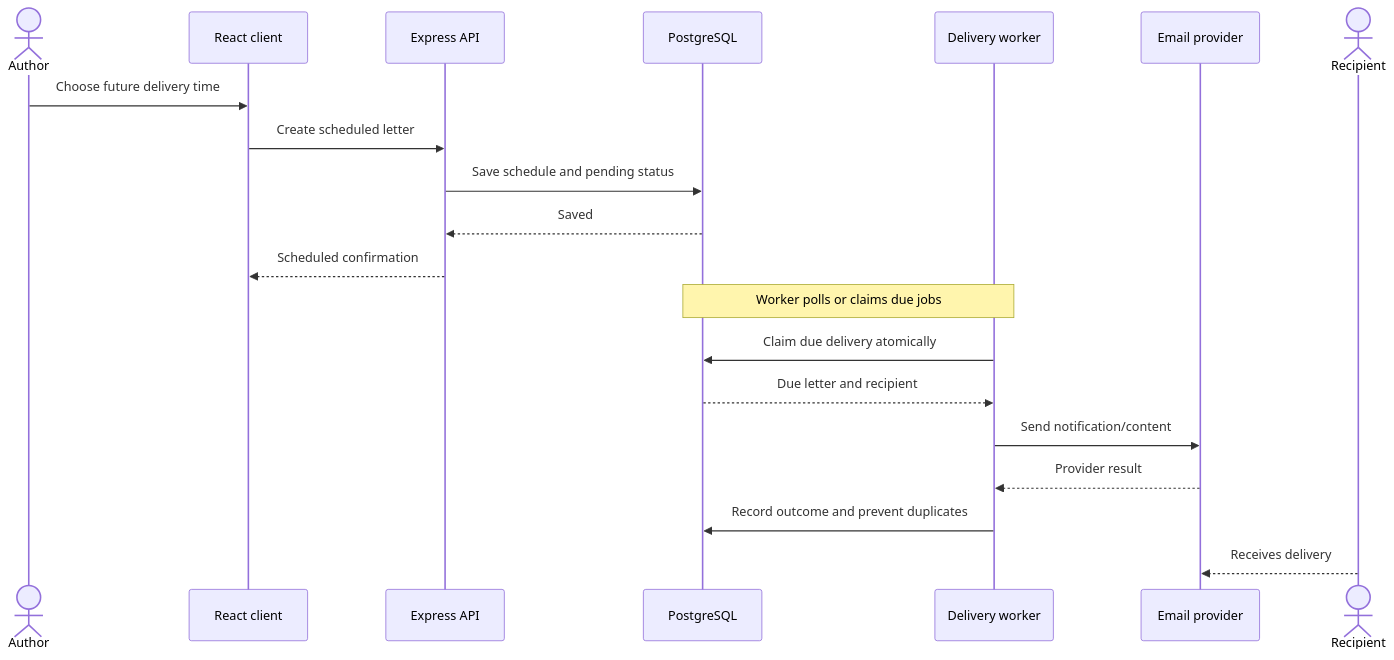
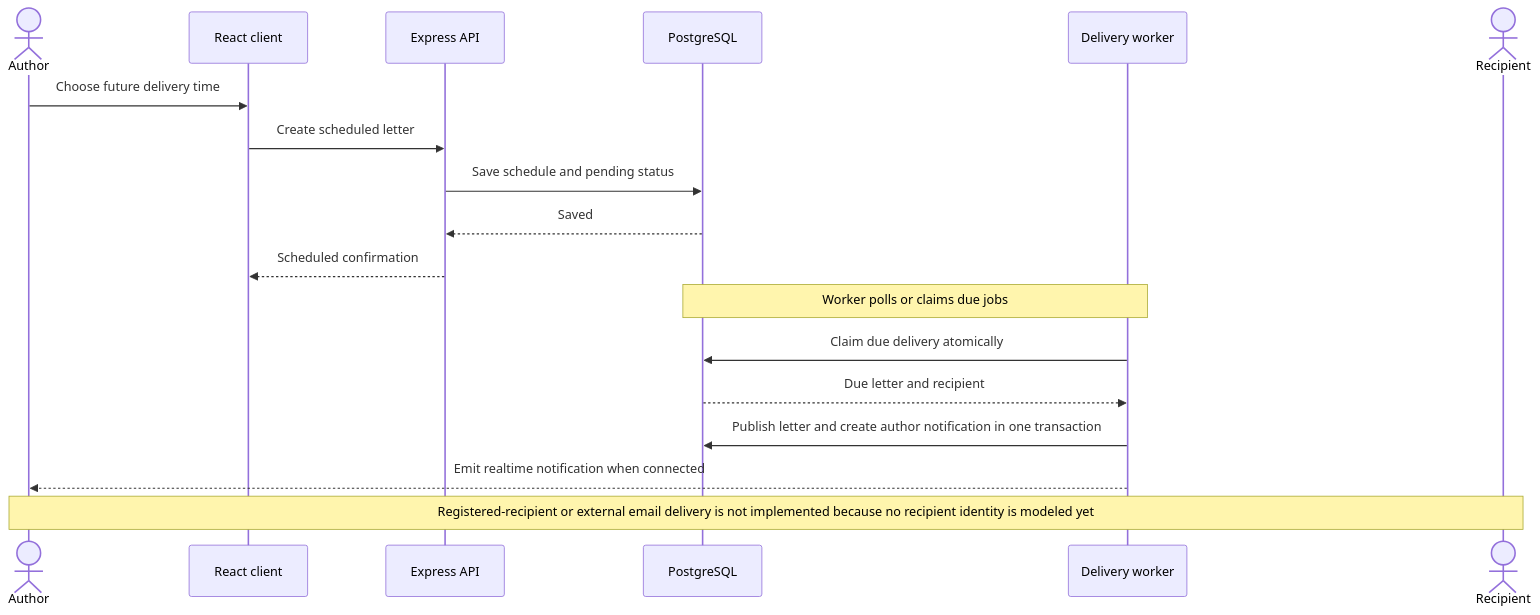
The third of 4 diagrams in docs/architecture/sequence-diagrams.md (donnelsimbajon-design/SendtheLetter_System), drawn with Mermaid before and after one commit. The commit also changed other lines of this file, not shown here.

Commit message:
docs: update architecture for scheduled release worker

````diff
--- a/docs/architecture/sequence-diagrams.md
+++ b/docs/architecture/sequence-diagrams.md
@@ -46,23 +46,21 @@
 ```mermaid
 sequenceDiagram
   actor Author
   participant UI as React client
   participant API as Express API
   participant DB as PostgreSQL
   participant Worker as Delivery worker
-  participant Email as Email provider
   actor Recipient
 
   Author->>UI: Choose future delivery time
   UI->>API: Create scheduled letter
   API->>DB: Save schedule and pending status
   DB-->>API: Saved
   API-->>UI: Scheduled confirmation
   Note over Worker,DB: Worker polls or claims due jobs
   Worker->>DB: Claim due delivery atomically
   DB-->>Worker: Due letter and recipient
-  Worker->>Email: Send notification/content
-  Email-->>Worker: Provider result
-  Worker->>DB: Record outcome and prevent duplicates
-  Recipient-->>Email: Receives delivery
+  Worker->>DB: Publish letter and create author notification in one transaction
+  Worker-->>Author: Emit realtime notification when connected
+  Note over Author,Recipient: Registered-recipient or external email delivery is not implemented because no recipient identity is modeled yet
 ```
````
